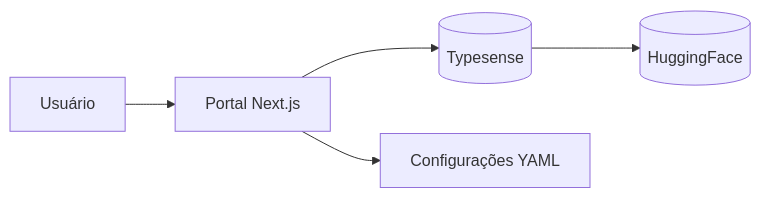
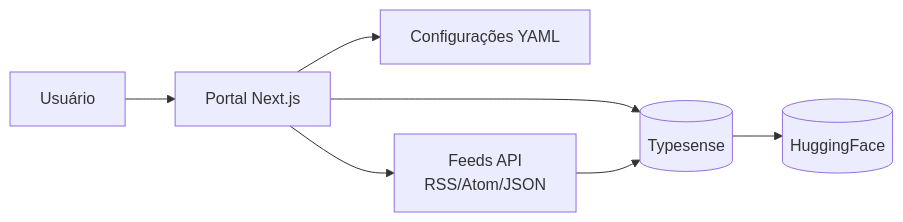
One commit to destaquesgovbr/docs changed the diagram in docs/modulos/portal.md. Above: the diagram before and after it, drawn with Mermaid. The commit also changed other lines of this file, not shown here.

First line of the commit message:
docs: adiciona referência à Feeds API no módulo portal

````diff
--- a/docs/modulos/portal.md
+++ b/docs/modulos/portal.md
@@ -18,7 +19,9 @@
 ```mermaid
 flowchart LR
     U[Usuário] --> P[Portal Next.js]
     P --> T[(Typesense)]
     T --> HF[(HuggingFace)]
     P --> CF[Configurações YAML]
+    P --> F[Feeds API<br/>RSS/Atom/JSON]
+    F --> T
 ```
````
